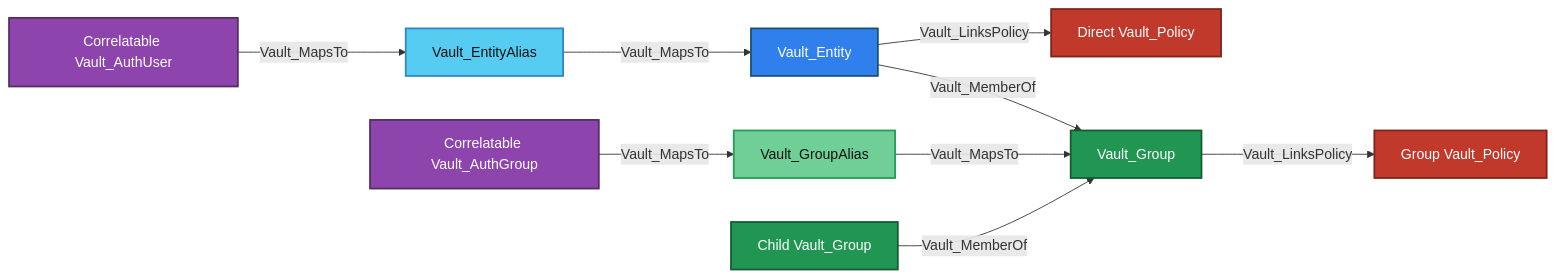
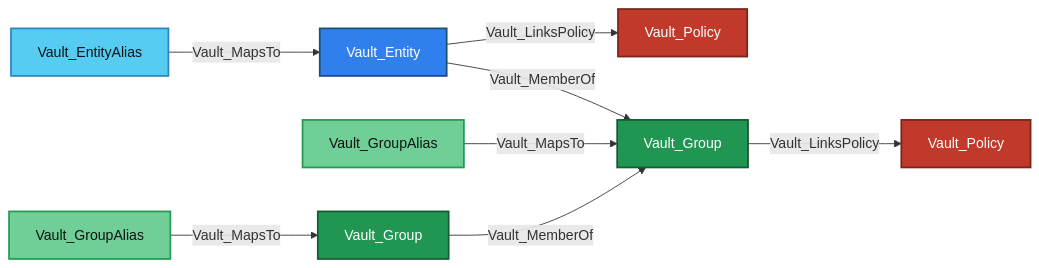
One commit to bytewreck/opengraph-vault changed the third of 14 diagrams in Documentation/stores/IDENTITY.md. Above: the diagram before and after it, drawn with Mermaid. The commit also changed 1 other file, not shown here.

````diff
--- a/Documentation/stores/IDENTITY.md
+++ b/Documentation/stores/IDENTITY.md
@@ -187,19 +187,16 @@
 ```mermaid
 flowchart LR
-    authUser[Correlatable Vault_AuthUser]:::authNode -->|Vault_MapsTo| entityAlias[Vault_EntityAlias]:::entityAliasNode
-    entityAlias -->|Vault_MapsTo| entity[Vault_Entity]:::entityNode
-    entity -->|Vault_LinksPolicy| entityPolicy[Direct Vault_Policy]:::policyNode
-    entity -->|Vault_MemberOf| group[Vault_Group]:::groupNode
-    group -->|Vault_LinksPolicy| groupPolicy[Group Vault_Policy]:::policyNode
+    EA[Vault_EntityAlias]:::entityAliasNode -->|Vault_MapsTo| VE[Vault_Entity]:::entityNode
+    VE -->|Vault_LinksPolicy| P1[Vault_Policy]:::policyNode
+    VE -->|Vault_MemberOf| VG1[Vault_Group]:::groupNode
+    VG1 -->|Vault_LinksPolicy| P2[Vault_Policy]:::policyNode
+    GA[Vault_GroupAlias]:::groupAliasNode -->|Vault_MapsTo| VG1
+    VG2[Vault_Group]:::groupNode -->|Vault_MemberOf| VG1
+    GA2[Vault_GroupAlias]:::groupAliasNode -->|Vault_MapsTo| VG2
 
-    authGroup[Correlatable Vault_AuthGroup]:::authNode -->|Vault_MapsTo| groupAlias[Vault_GroupAlias]:::groupAliasNode
-    groupAlias -->|Vault_MapsTo| group
-    childGroup[Child Vault_Group]:::groupNode -->|Vault_MemberOf| group
-
-    classDef authNode fill:#8E44AD,color:#fff,stroke:#512E5F,stroke-width:2px
     classDef entityNode fill:#2F80ED,color:#fff,stroke:#1B4F72,stroke-width:2px
     classDef entityAliasNode fill:#56CCF2,color:#111,stroke:#2E86C1,stroke-width:2px
     classDef groupNode fill:#219653,color:#fff,stroke:#145A32,stroke-width:2px
     classDef groupAliasNode fill:#6FCF97,color:#111,stroke:#239B56,stroke-width:2px
     classDef policyNode fill:#C0392B,color:#fff,stroke:#7B241C,stroke-width:2px
 ```
````
